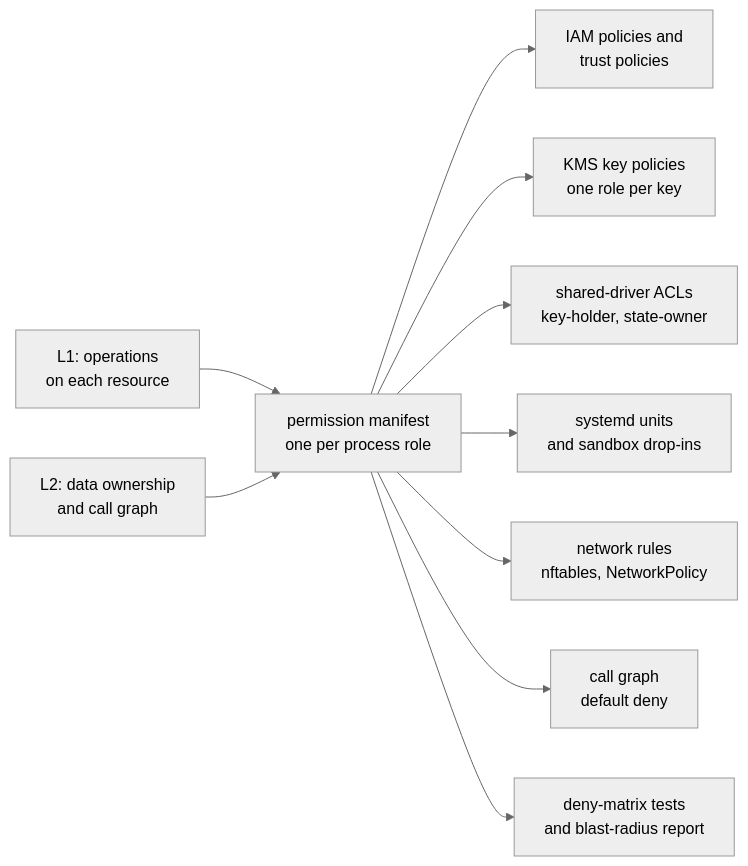
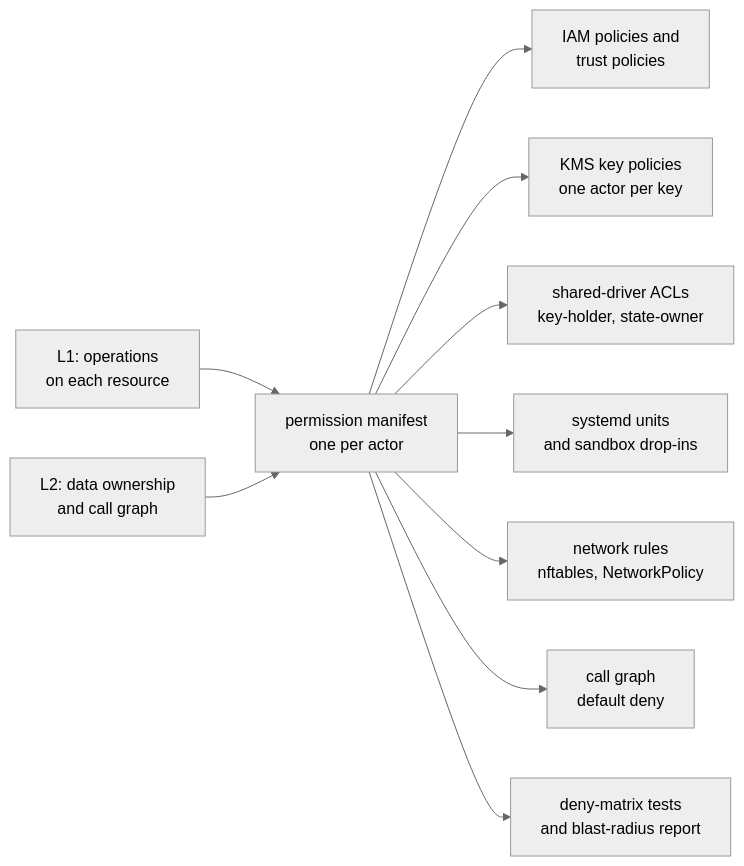
Before and after one commit to truvity/sluis: the diagram in docs/architecture/index.md, drawn with Mermaid (neutral theme). The commit also changed other lines of this file and 63 other files, not shown here.

````diff
--- a/docs/architecture/index.md
+++ b/docs/architecture/index.md
@@ -25,14 +25,14 @@
 ```mermaid
 flowchart LR
   l1["L1: operations<br/>on each resource"] --> m
   l2["L2: data ownership<br/>and call graph"] --> m
-  m["permission manifest<br/>one per process role"]
+  m["permission manifest<br/>one per actor"]
 
   m --> iam["IAM policies and<br/>trust policies"]
-  m --> kms["KMS key policies<br/>one role per key"]
+  m --> kms["KMS key policies<br/>one actor per key"]
   m --> acl["shared-driver ACLs<br/>key-holder, state-owner"]
   m --> units["systemd units<br/>and sandbox drop-ins"]
   m --> net["network rules<br/>nftables, NetworkPolicy"]
   m --> cg["call graph<br/>default deny"]
   m --> tests["deny-matrix tests<br/>and blast-radius report"]
 ```
````
